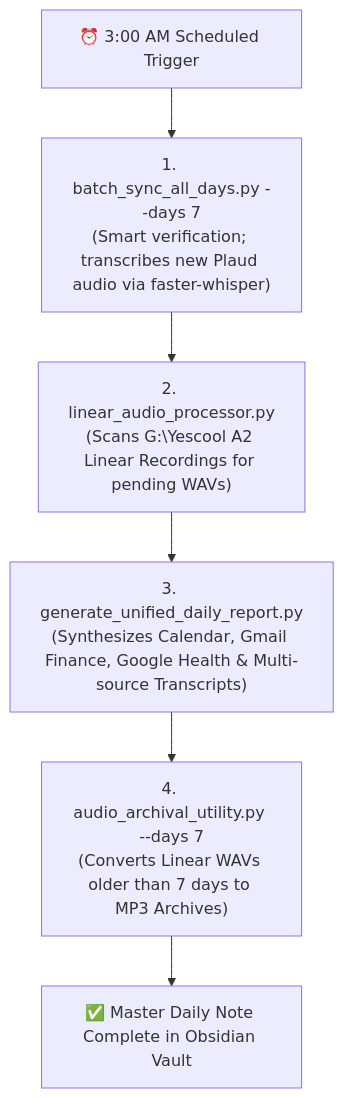
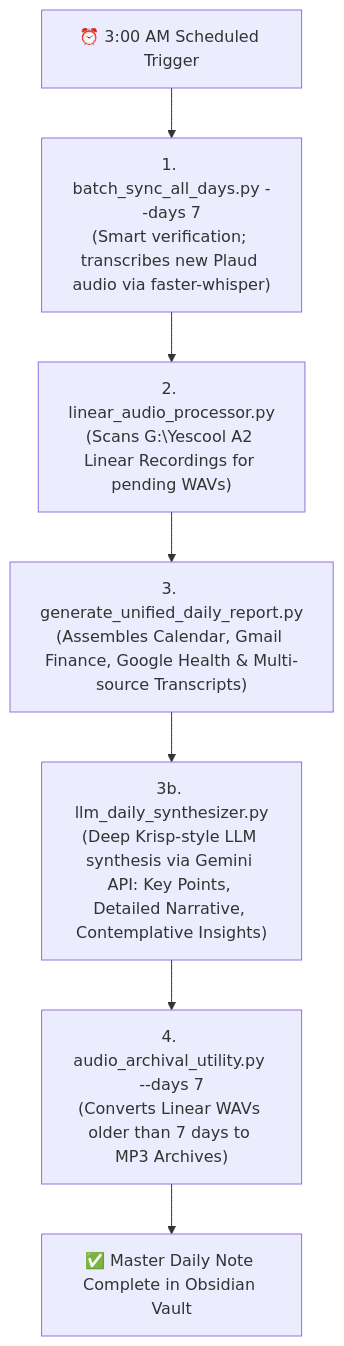
The diagram in __Web Dev information/Master Audio Pipeline & Daily Note Architecture (October 2026).md (sparkyflashrebob/Obsidian-Vault-BU), drawn with Mermaid before and after one commit. The commit also changed 19 other files, not shown here.

````diff
--- a/__Web Dev information/Master Audio Pipeline & Daily Note Architecture (October 2026).md
+++ b/__Web Dev information/Master Audio Pipeline & Daily Note Architecture (October 2026).md
@@ -70,8 +70,9 @@
 ```mermaid
 flowchart TD
     Start["⏰ 3:00 AM Scheduled Trigger"] --> Step1["1. batch_sync_all_days.py --days 7<br/>(Smart verification; transcribes new Plaud audio via faster-whisper)"]
     Step1 --> Step2["2. linear_audio_processor.py<br/>(Scans G:\Yescool A2 Linear Recordings for pending WAVs)"]
-    Step2 --> Step3["3. generate_unified_daily_report.py<br/>(Synthesizes Calendar, Gmail Finance, Google Health & Multi-source Transcripts)"]
-    Step3 --> Step4["4. audio_archival_utility.py --days 7<br/>(Converts Linear WAVs older than 7 days to MP3 Archives)"]
+    Step2 --> Step3["3. generate_unified_daily_report.py<br/>(Assembles Calendar, Gmail Finance, Google Health & Multi-source Transcripts)"]
+    Step3 --> Step3b["3b. llm_daily_synthesizer.py<br/>(Deep Krisp-style LLM synthesis via Gemini API: Key Points, Detailed Narrative, Contemplative Insights)"]
+    Step3b --> Step4["4. audio_archival_utility.py --days 7<br/>(Converts Linear WAVs older than 7 days to MP3 Archives)"]
     Step4 --> Done["✅ Master Daily Note Complete in Obsidian Vault"]
 ```
````
